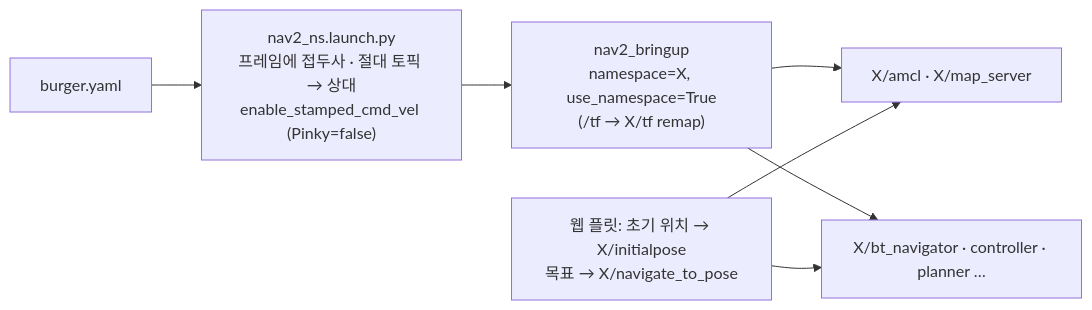
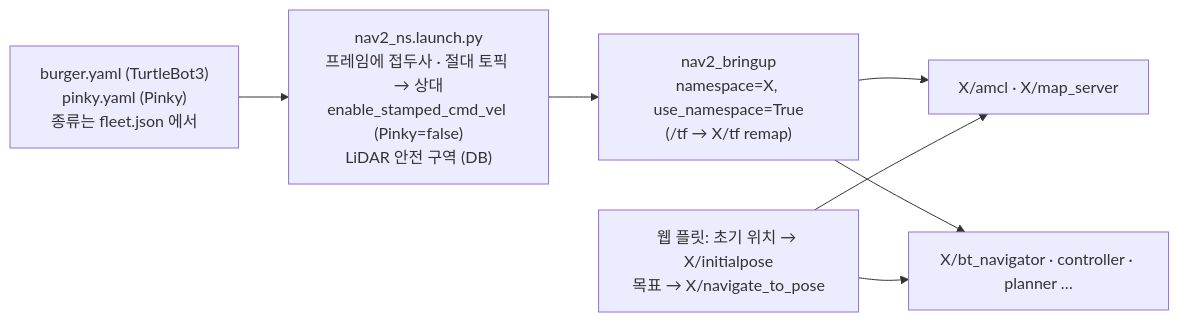
Diagram 14 of 19 in docs/architecture.md (ryankim8815/ros2-fleet-console), drawn with Mermaid before and after one commit. The commit also changed 20 other files, not shown here.

````diff
--- a/docs/architecture.md
+++ b/docs/architecture.md
@@ -469,9 +469,9 @@
 ```mermaid
 flowchart LR
-    P["burger.yaml"] --> W["nav2_ns.launch.py<br/>프레임에 접두사 · 절대 토픽 → 상대<br/>enable_stamped_cmd_vel (Pinky=false)"]
+    P["burger.yaml (TurtleBot3)<br/>pinky.yaml (Pinky)<br/>종류는 fleet.json 에서"] --> W["nav2_ns.launch.py<br/>프레임에 접두사 · 절대 토픽 → 상대<br/>enable_stamped_cmd_vel (Pinky=false)<br/>LiDAR 안전 구역 (DB)"]
     W --> B["nav2_bringup<br/>namespace=X, use_namespace=True<br/>(/tf → X/tf remap)"]
     B --> A["X/amcl · X/map_server"]
     B --> N["X/bt_navigator · controller · planner …"]
     WEB["웹 플릿: 초기 위치 → X/initialpose<br/>목표 → X/navigate_to_pose"] --> A
     WEB --> N
 ```
````
